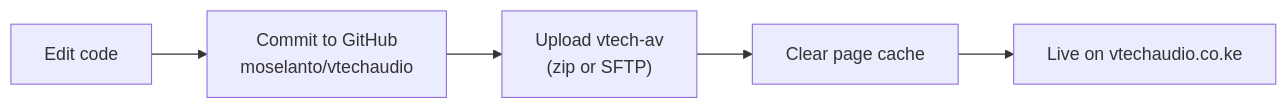
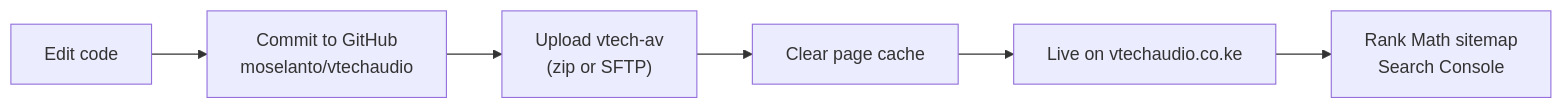
One commit to moselanto/vtechaudio changed the fourth of 5 diagrams in README.md. Above: the diagram before and after it, drawn with Mermaid. The commit also changed other lines of this file, not shown here.

````diff
--- a/README.md
+++ b/README.md
@@ -200,7 +274,8 @@
 ```mermaid
 flowchart LR
     A["Edit code"] --> B["Commit to GitHub<br/>moselanto/vtechaudio"]
     B --> C["Upload vtech-av<br/>(zip or SFTP)"]
     C --> D["Clear page cache"]
     D --> E["Live on vtechaudio.co.ke"]
+    E --> F["Rank Math sitemap<br/>Search Console"]
 ```
````
